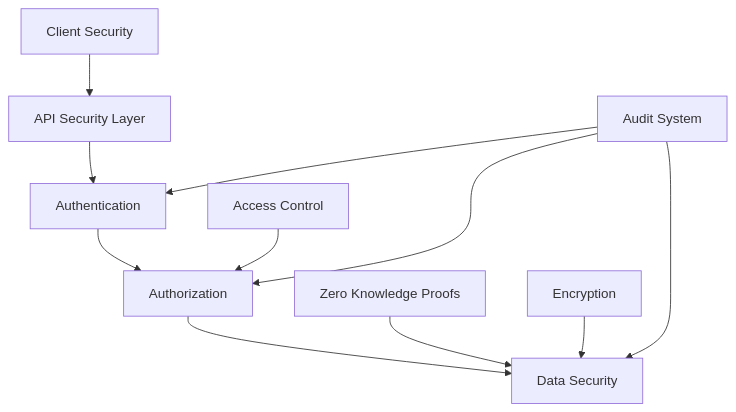
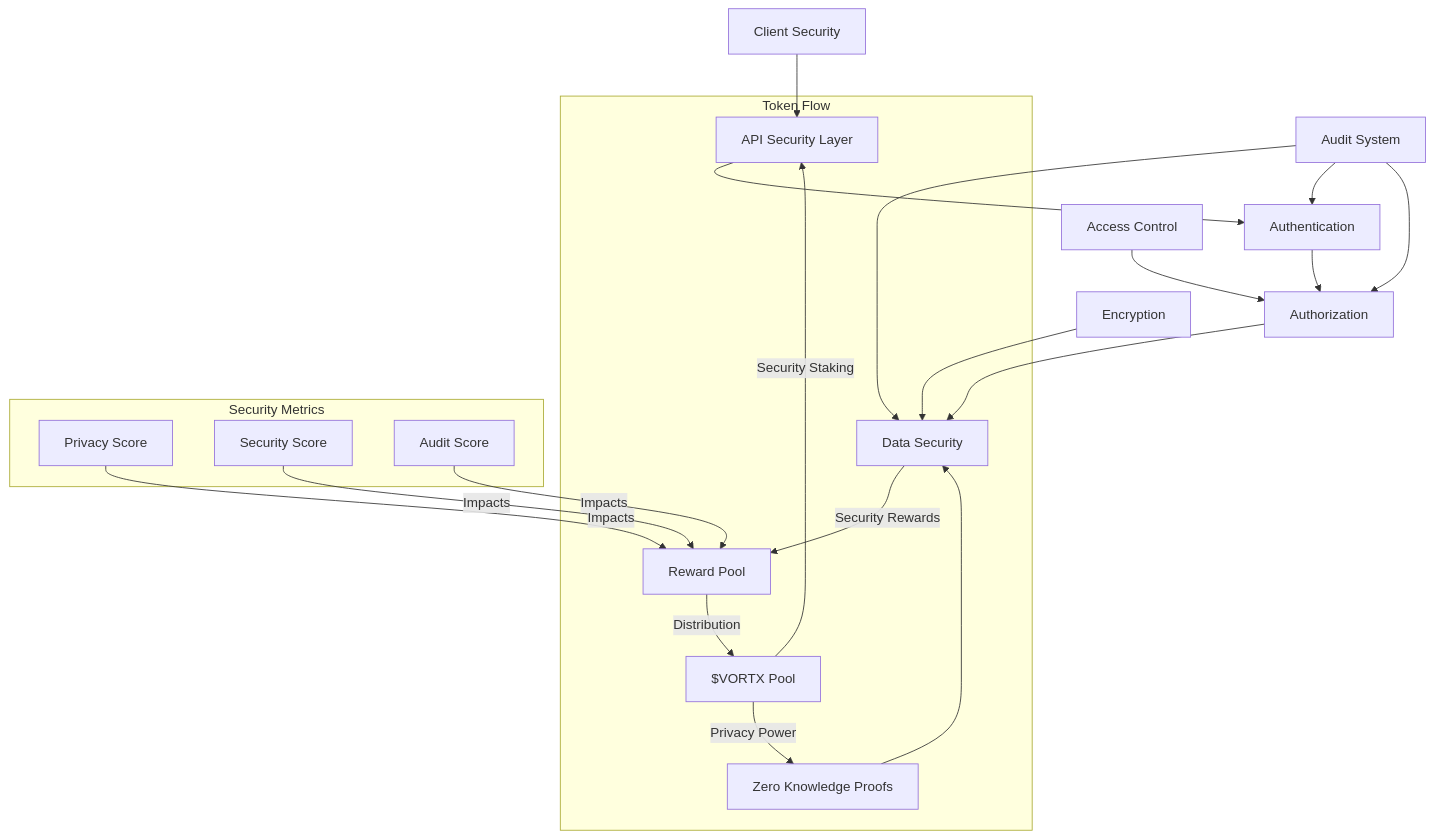
One commit to Vortx-AI/synthetic-satellite changed the first of 3 diagrams in docs/whitepapers/privacy-security.md. Above: the diagram before and after it, drawn with Mermaid. The commit also changed other lines of this file and 3 other files, not shown here.

````diff
--- a/docs/whitepapers/privacy-security.md
+++ b/docs/whitepapers/privacy-security.md
@@ -38,15 +40,28 @@
 ```mermaid
 graph TD
     A[Client Security] --> B[API Security Layer]
     B --> C[Authentication]
     C --> D[Authorization]
     D --> E[Data Security]
     
     F[Zero Knowledge Proofs] --> E
     G[Encryption] --> E
     H[Access Control] --> D
     
     I[Audit System] --> C
     I --> D
     I --> E
+
+    subgraph Token Flow
+        T1[$VORTX Pool] -->|Security Staking| B
+        T1 -->|Privacy Power| F
+        E -->|Security Rewards| T2[Reward Pool]
+        T2 -->|Distribution| T1
+    end
+
+    subgraph Security Metrics
+        S1[Privacy Score] -->|Impacts| T2
+        S2[Security Score] -->|Impacts| T2
+        S3[Audit Score] -->|Impacts| T2
+    end
 ```
````
